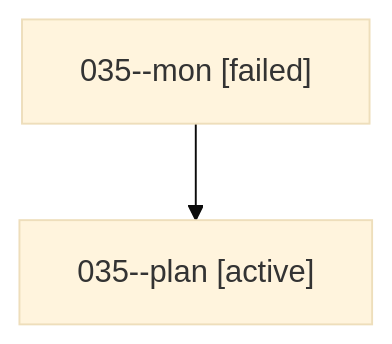
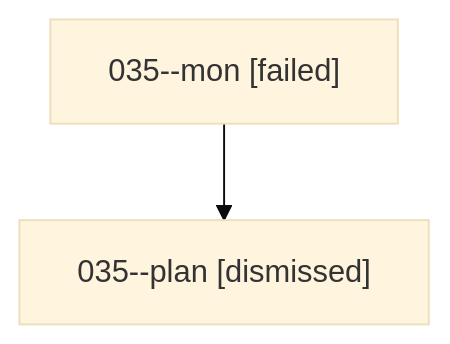
The diagram in sessions/bbugyi200.athena.035.md (sase-org/sase--agents), drawn with Mermaid (base theme) before and after one commit. The commit also changed other lines of this file and 30 other files, not shown here.

````diff
--- a/sessions/bbugyi200.athena.035.md
+++ b/sessions/bbugyi200.athena.035.md
@@ -9,6 +9,6 @@
 ```mermaid
 flowchart TD
   n0["035--mon [failed]"]
-  n1["035--plan [active]"]
+  n1["035--plan [dismissed]"]
   n0 --> n1
 ```
````
